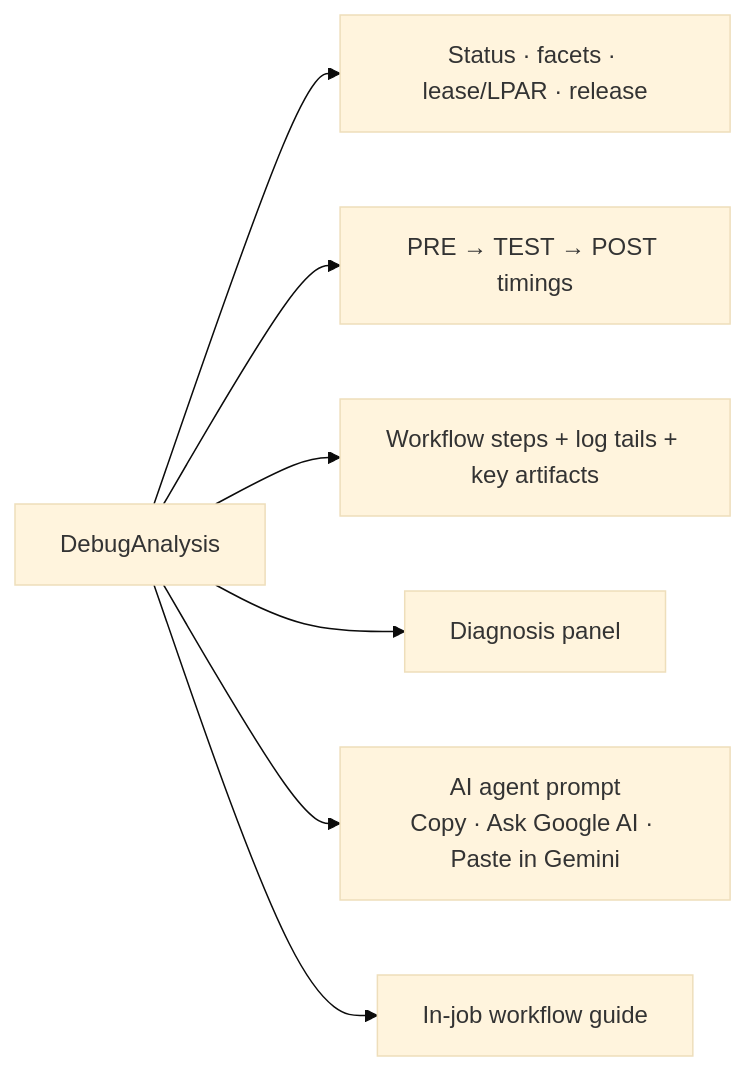
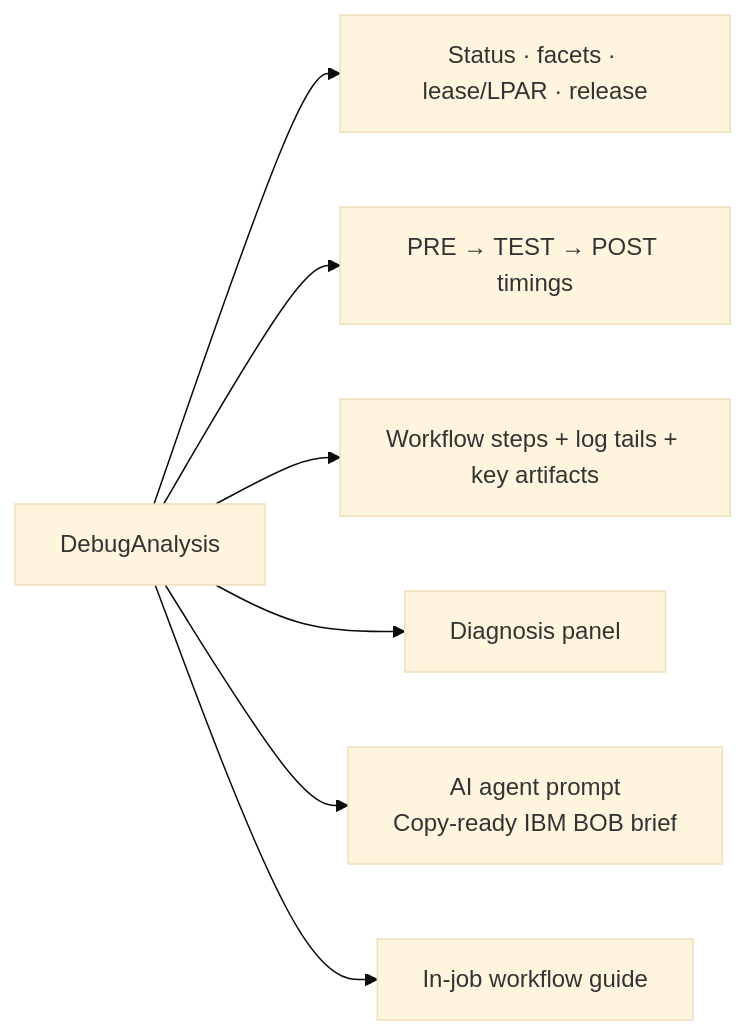
Before and after one commit to ibm-adarsh/ci-analyzer: the fifth of 6 diagrams in web/ARCHITECTURE.md, drawn with Mermaid (base theme). The commit also changed other lines of this file and 4 other files, not shown here.

First line of the commit message:
Remove Google AI from the prompt tab and restyle the panel.

````diff
--- a/web/ARCHITECTURE.md
+++ b/web/ARCHITECTURE.md
@@ -147,9 +146,9 @@
 ```mermaid
 flowchart LR
   DA[DebugAnalysis] --> Hero[Status · facets · lease/LPAR · release]
   DA --> Timeline[PRE → TEST → POST timings]
   DA --> Steps[Workflow steps + log tails + key artifacts]
   DA --> Diag[Diagnosis panel]
-  DA --> Prompt[AI agent prompt<br/>Copy · Ask Google AI · Paste in Gemini]
+  DA --> Prompt[AI agent prompt<br/>Copy-ready IBM BOB brief]
   DA --> GuideTab[In-job workflow guide]
 ```
````
